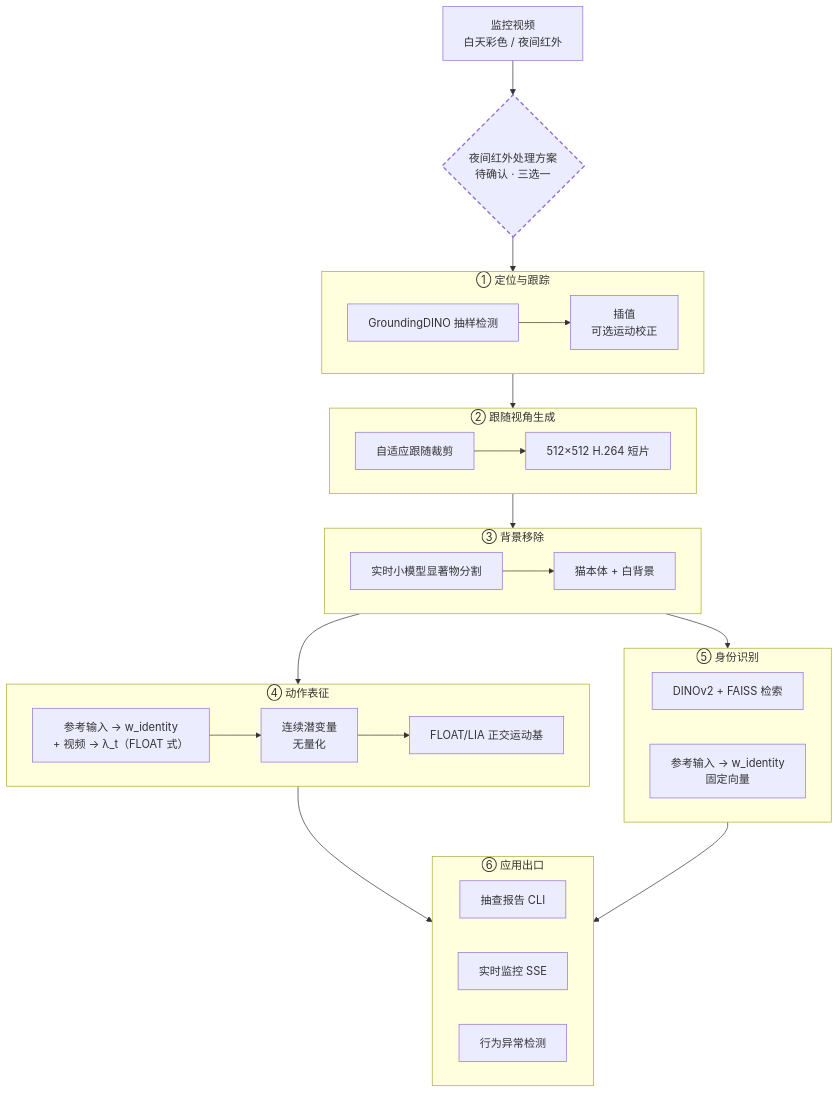
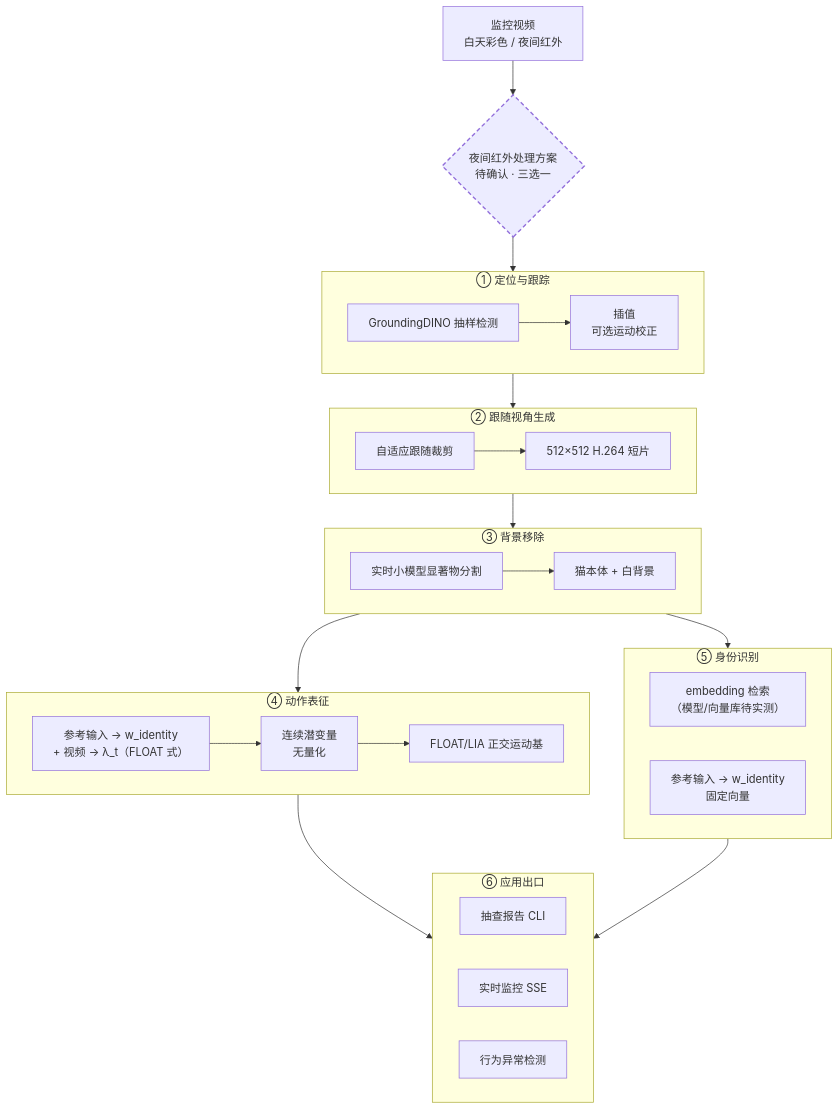
The first of 7 diagrams in management/docs/architecture.md (gongshangzheng/pet-action-recognition), drawn with Mermaid before and after one commit. The commit also changed other lines of this file and 10 other files, not shown here.

First line of the commit message:
design: 身份读出改 register tokens；清除把候选写成方案的 DINOv2+FAISS

````diff
--- a/management/docs/architecture.md
+++ b/management/docs/architecture.md
@@ -43,45 +43,45 @@
 ```mermaid
 flowchart TD
     V[监控视频<br/>白天彩色 / 夜间红外] --> IRQ{"夜间红外处理方案<br/>待确认 · 三选一"}
     IRQ --> S1
 
     subgraph S1["① 定位与跟踪"]
         A1[GroundingDINO 抽样检测] --> A2[插值<br/>可选运动校正]
     end
 
     S1 --> S2
 
     subgraph S2["② 跟随视角生成"]
         B1[自适应跟随裁剪] --> B2[512×512 H.264 短片]
     end
 
     S2 --> S3
 
     subgraph S3["③ 背景移除"]
         C1[实时小模型显著物分割] --> C2[猫本体 + 白背景]
     end
 
     S3 --> S4
     S3 --> S5
 
     subgraph S4["④ 动作表征"]
         D1["参考输入 → w_identity<br/>+ 视频 → λ_t（FLOAT 式）"] --> D2[连续潜变量<br/>无量化]
         D2 --> D3[FLOAT/LIA 正交运动基]
     end
 
     subgraph S5["⑤ 身份识别"]
-        E1[DINOv2 + FAISS 检索]
+        E1["embedding 检索<br/>（模型/向量库待实测）"]
         E2["参考输入 → w_identity<br/>固定向量"]
     end
 
     S4 --> S6
     S5 --> S6
 
     subgraph S6["⑥ 应用出口"]
         F1[抽查报告 CLI]
         F2[实时监控 SSE]
         F3[行为异常检测]
     end
 
     style IRQ stroke-dasharray: 6 4,stroke-width:2px
 ```
````
